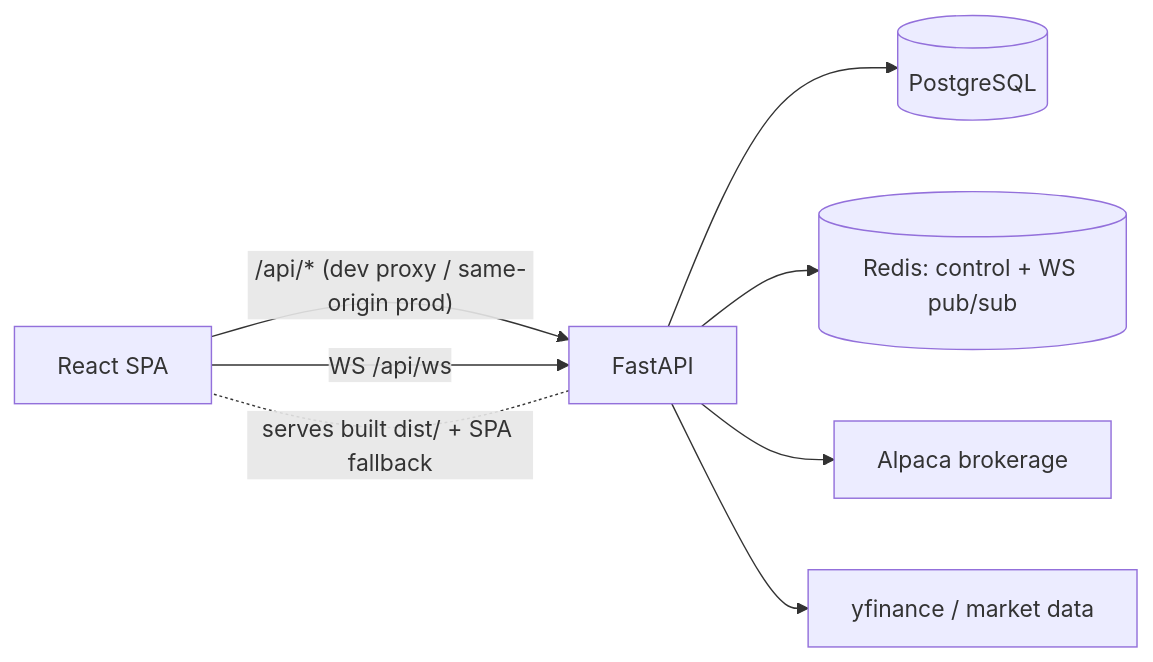
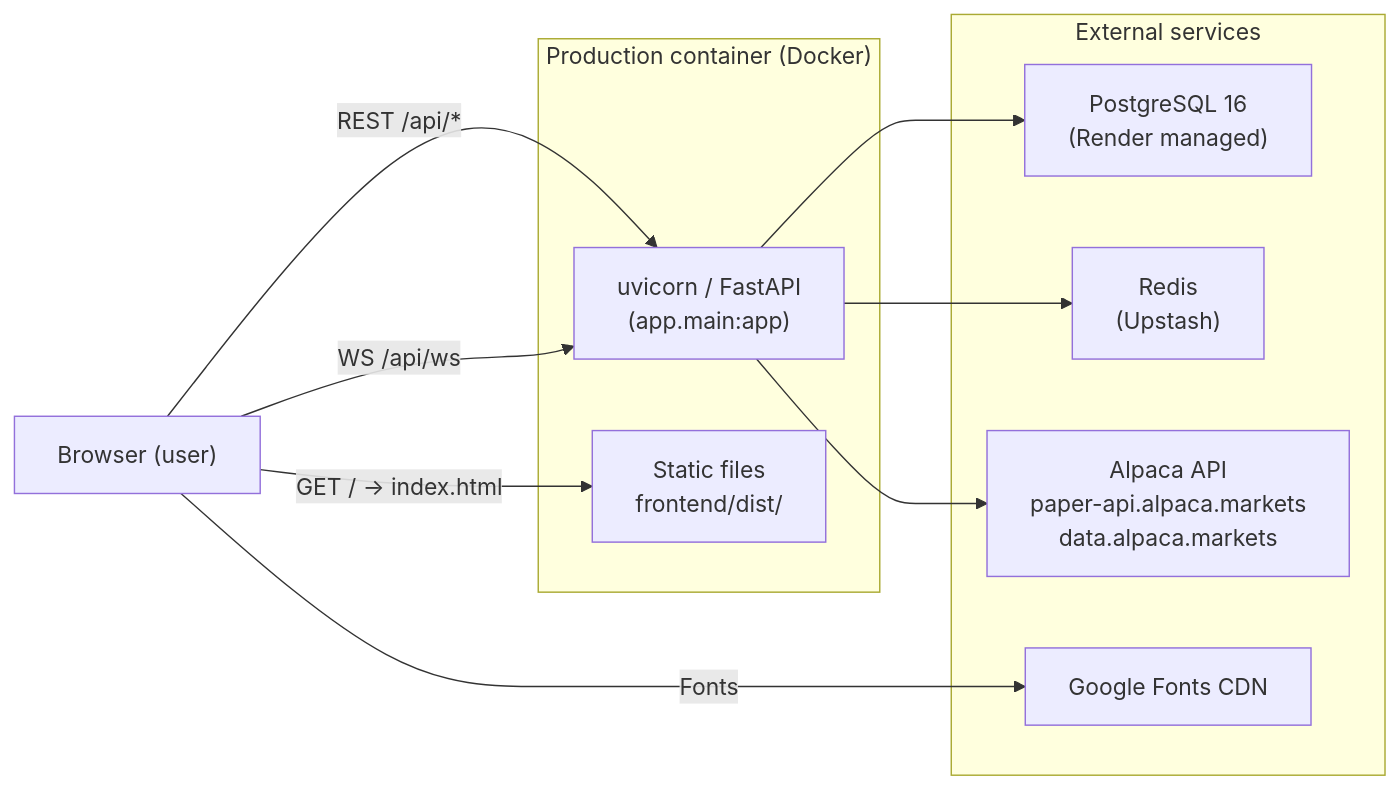
Before and after one commit to pratikbadlani02/lodestar: the second of 2 diagrams in docs/frontend-analysis/01-architecture.md, drawn with Mermaid. The commit also changed other lines of this file and 12 other files, not shown here.

Commit message:
architecture documents

````diff
--- a/docs/frontend-analysis/01-architecture.md
+++ b/docs/frontend-analysis/01-architecture.md
@@ -56,10 +84,24 @@
 ```mermaid
 graph LR
-  Browser["React SPA"] -->|"/api/* (dev proxy / same-origin prod)"| FastAPI
-  Browser -->|"WS /api/ws"| FastAPI
-  FastAPI --> PG[(PostgreSQL)]
-  FastAPI --> Redis[(Redis: control + WS pub/sub)]
-  FastAPI --> Alpaca[Alpaca brokerage]
-  FastAPI --> YF[yfinance / market data]
-  FastAPI -. serves built dist/ + SPA fallback .- Browser
+    Browser["Browser (user)"]
+
+    subgraph prod["Production container (Docker)"]
+        Uvicorn["uvicorn / FastAPI\n(app.main:app)"]
+        StaticFiles["Static files\nfrontend/dist/"]
+    end
+
+    subgraph external["External services"]
+        Postgres["PostgreSQL 16\n(Render managed)"]
+        Redis["Redis\n(Upstash)"]
+        Alpaca["Alpaca API\npaper-api.alpaca.markets\ndata.alpaca.markets"]
+        GoogleFonts["Google Fonts CDN"]
+    end
+
+    Browser -- "GET /  →  index.html" --> StaticFiles
+    Browser -- "REST /api/*" --> Uvicorn
+    Browser -- "WS /api/ws" --> Uvicorn
+    Browser -- "Fonts" --> GoogleFonts
+    Uvicorn --> Postgres
+    Uvicorn --> Redis
+    Uvicorn --> Alpaca
 ```
````
